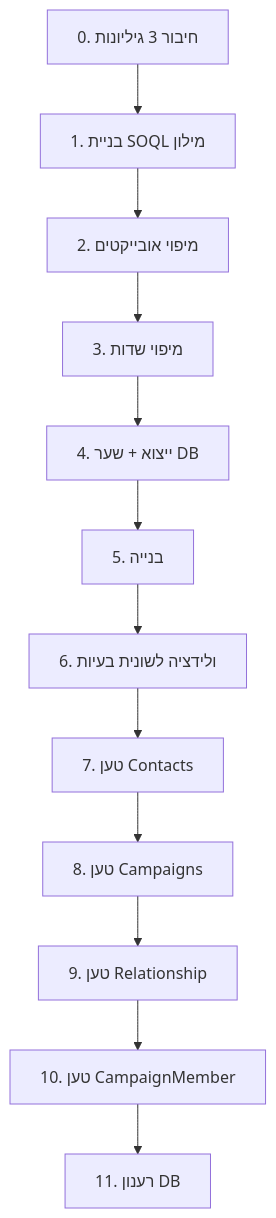
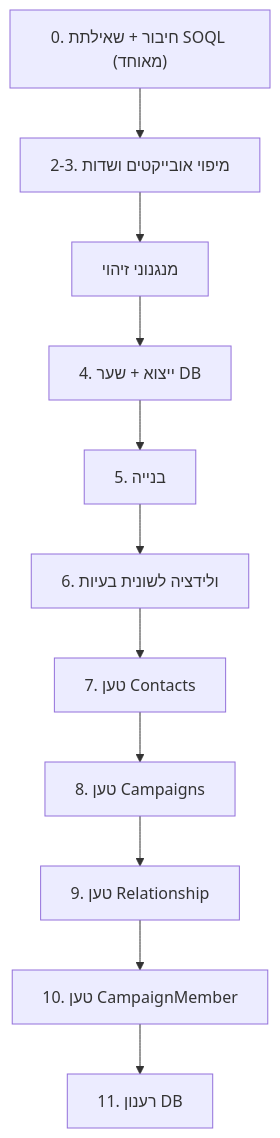
The diagram in planning/תוכנית פיתוח.md (Guilgad/salesforce-migration-tool), drawn with Mermaid before and after one commit. The commit also changed other lines of this file and 4 other files, not shown here.

````diff
--- a/planning/תוכנית פיתוח.md
+++ b/planning/תוכנית פיתוח.md
@@ -54,14 +54,13 @@
 ```mermaid
 flowchart TD
-    C[0. חיבור 3 גיליונות] --> Q[1. בניית SOQL מילון]
-    Q --> OM[2. מיפוי אובייקטים]
-    OM --> FM[3. מיפוי שדות]
-    FM --> DB[4. ייצוא + שער DB]
+    C["0. חיבור + שאילתת SOQL (מאוחד)"] --> OM[2-3. מיפוי אובייקטים ושדות]
+    OM --> ID[מנגנוני זיהוי]
+    ID --> DB[4. ייצוא + שער DB]
     DB --> B[5. בנייה]
     B --> V[6. ולידציה לשונית בעיות]
     V --> L1[7. טען Contacts]
     L1 --> L2[8. טען Campaigns]
     L2 --> L3[9. טען Relationship]
     L3 --> L4[10. טען CampaignMember]
     L4 --> R[11. רענון DB]
 ```
````
